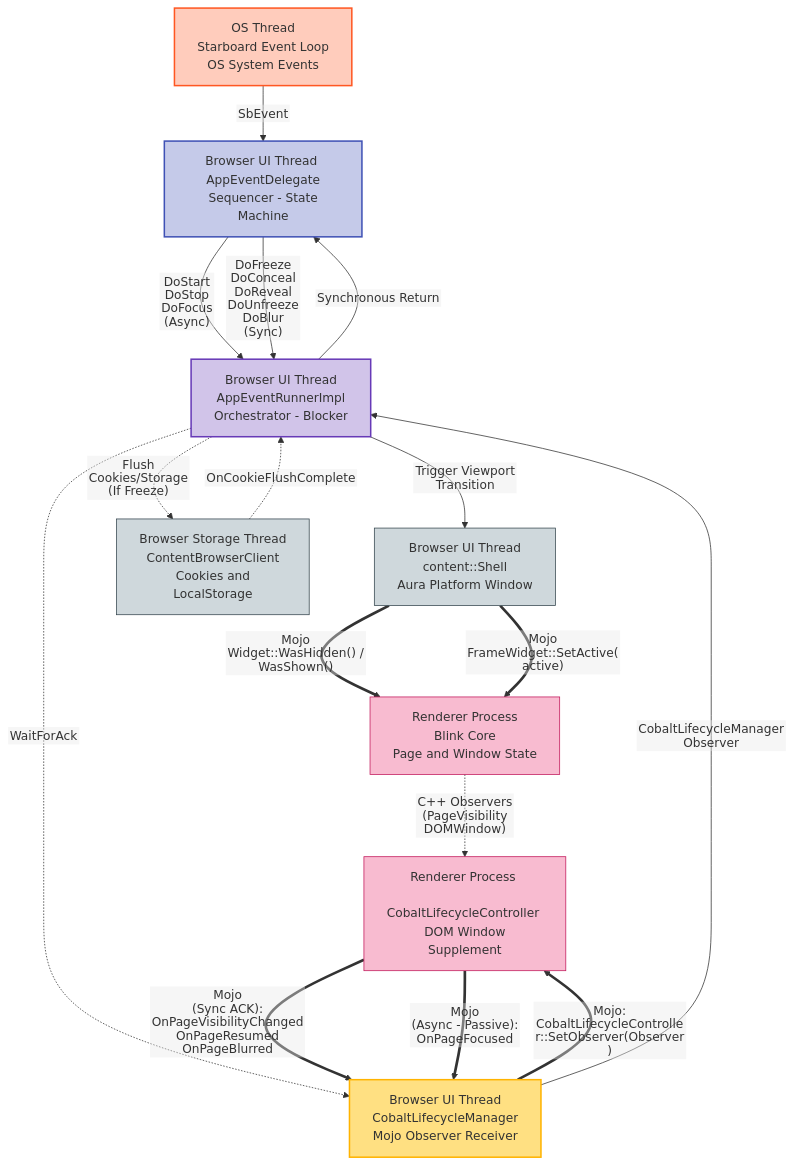
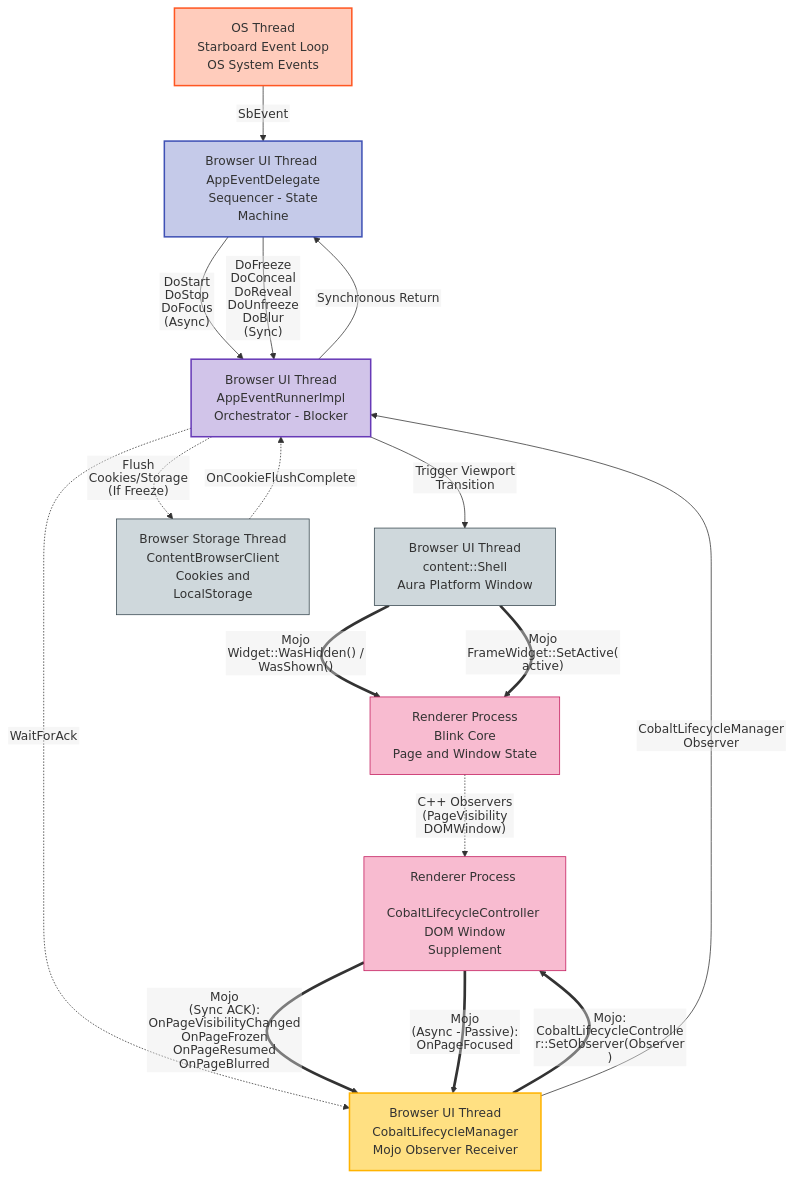
Before and after one commit to youtube/cobalt: the second of 14 diagrams in cobalt/site/docs/gen/cobalt/doc/lifecycle_internals.md, drawn with Mermaid. The commit also changed other lines of this file and 8 other files, not shown here.

````diff
--- a/cobalt/site/docs/gen/cobalt/doc/lifecycle_internals.md
+++ b/cobalt/site/docs/gen/cobalt/doc/lifecycle_internals.md
@@ -96,66 +87,61 @@
 ```mermaid
 graph TD
-  %% Styling Definitions
   %%{init: {"flowchart": {"htmlLabels": false}} }%%
-  classDef os fill:#FFCCBC,stroke:#FF5722,stroke-width:2px;
-  classDef chromium fill:#CFD8DC,stroke:#37474F,stroke-width:1px;
-  classDef delegate fill:#C5CAE9,stroke:#3F51B5,stroke-width:2px;
-  classDef runner fill:#D1C4E9,stroke:#673AB7,stroke-width:2px;
-  classDef manager fill:#FFE082,stroke:#FFB300,stroke-width:2px;
-  classDef renderer fill:#F8BBD0,stroke:#C2185B,stroke-width:1px;
 
   %% Nodes Definitions
   OS[OS Thread <br/> Starboard Event Loop <br/> OS System Events]
   Delegate[Browser UI Thread <br/> AppEventDelegate <br/> Sequencer - State Machine]
   Runner[Browser UI Thread <br/> AppEventRunnerImpl <br/> Orchestrator - Blocker]
 
   %% Chromium Browser Components
   Shell[Browser UI Thread <br/> content::Shell <br/> Aura Platform Window]
   Storage[Browser Storage Thread <br/> ContentBrowserClient <br/> Cookies and <br/> LocalStorage]
 
   Manager[Browser UI Thread <br/> CobaltLifecycleManager <br/> Mojo Observer Receiver]
 
   %% Renderer Core & Supplements
   BlinkCore[Renderer Process <br/> Blink Core <br/> Page and Window State]
   Controller[Renderer Process <br/> CobaltLifecycleController <br/> DOM Window Supplement]
 
   %% Apply Styles
-  class OS os;
-  class Shell,Storage chromium;
-  class Delegate delegate;
-  class Runner runner;
-  class Manager manager;
-  class BlinkCore,Controller renderer;
+  style OS fill:#FFCCBC,stroke:#FF5722,stroke-width:2px;
+  style Shell fill:#CFD8DC,stroke:#37474F,stroke-width:1px;
+  style Storage fill:#CFD8DC,stroke:#37474F,stroke-width:1px;
+  style Delegate fill:#C5CAE9,stroke:#3F51B5,stroke-width:2px;
+  style Runner fill:#D1C4E9,stroke:#673AB7,stroke-width:2px;
+  style Manager fill:#FFE082,stroke:#FFB300,stroke-width:2px;
+  style BlinkCore fill:#F8BBD0,stroke:#C2185B,stroke-width:1px;
+  style Controller fill:#F8BBD0,stroke:#C2185B,stroke-width:1px;
 
   %% Directed Coordination Edges
   OS -->|"SbEvent"| Delegate
   Delegate -->|"DoStart <br/> DoStop <br/> DoFocus <br/> (Async)"| Runner
   Delegate -->|"DoFreeze <br/> DoConceal <br/> DoReveal <br/> DoUnfreeze <br/> DoBlur <br/> (Sync)"| Runner
 
   %% Wait State Branches (Storage)
   Runner -.->|"Flush <br/> Cookies/Storage <br/> (If Freeze)"| Storage
   Storage -.->|"OnCookieFlushComplete"| Runner
 
   %% Direct Transition Trigger (Runner -> Shell -> Renderer Blink)
   Runner -->|"Trigger Viewport Transition"| Shell
 
   Shell ==>|"Mojo <br/> Widget::WasHidden() / WasShown()"| BlinkCore
   Shell ==>|"Mojo <br/> FrameWidget::SetActive(active)"| BlinkCore
 
   %% C++ State Observation inside Blink
   BlinkCore -.->|"C++ Observers (PageVisibility <br/> DOMWindow)"| Controller
 
   %% Wait State Branches (Mojo Acks - Sync Blocking transitions only)
   Runner -.->|"WaitForAck"| Manager
 
   %% Mojo Control Flow (Browser -> Renderer)
   Manager ==>|"Mojo: <br/> CobaltLifecycleController::SetObserver(Observer)"| Controller
 
   %% Mojo Observation Flow (Renderer -> Browser Manager)
-  Controller ==>|"Mojo <br/> (Sync ACK): <br/> OnPageVisibilityChanged <br/> OnPageResumed <br/> OnPageBlurred"| Manager
+  Controller ==>|"Mojo <br/> (Sync ACK): <br/> OnPageVisibilityChanged <br/> OnPageFrozen <br/> OnPageResumed <br/> OnPageBlurred"| Manager
   Controller ==>|"Mojo <br/> (Async - Passive): <br/> OnPageFocused"| Manager
 
   %% Return to main loop after aggregation (Only for Sync Blocking transitions)
   Manager -->|"CobaltLifecycleManagerObserver"| Runner
   Runner -->|"Synchronous Return"| Delegate
 ```
````
